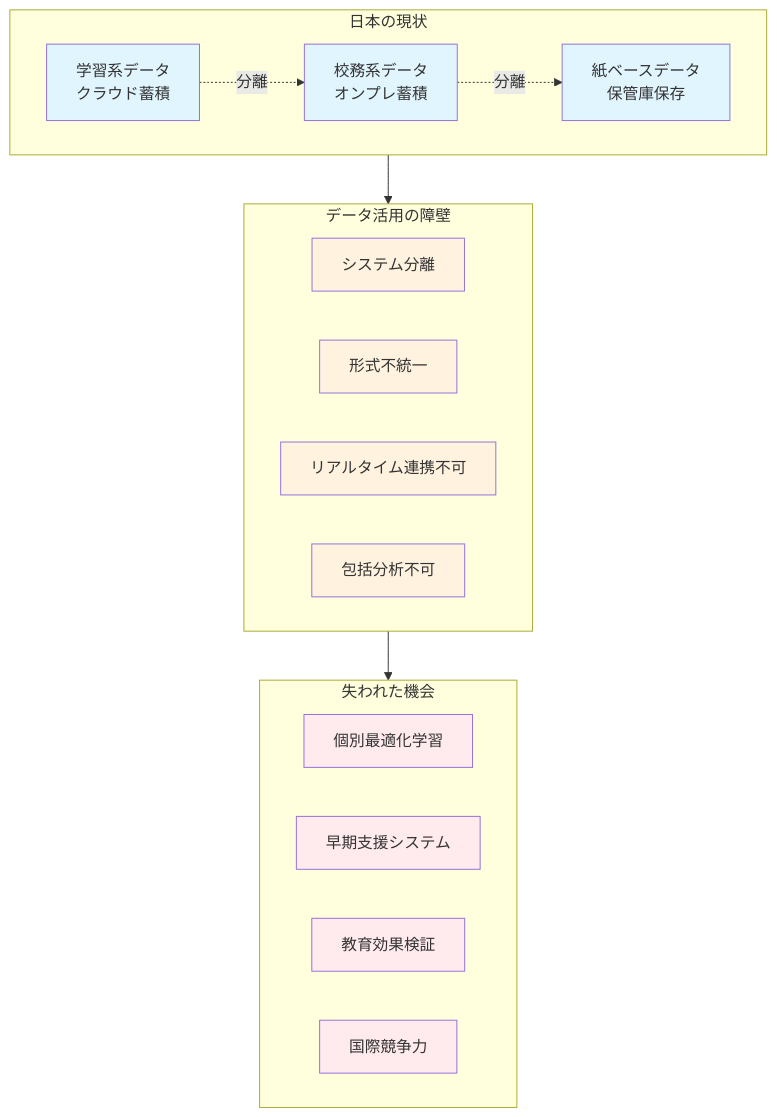
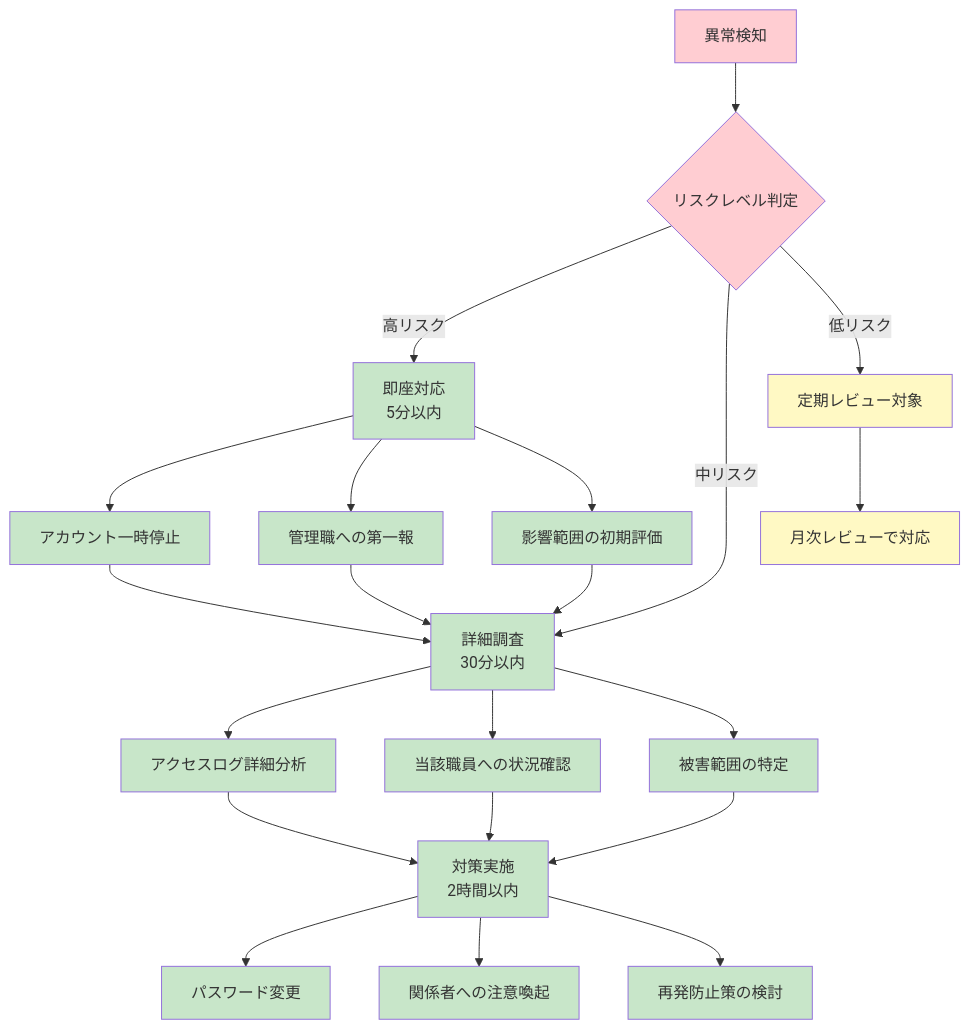
Before and after one commit to nahisaho/zenn-writing-collection: the second of 3 diagrams in books/d87165478af519/chapter02.md, drawn with Mermaid. The commit also changed other lines of this file and 17 other files, not shown here.

````diff
--- a/books/d87165478af519/chapter02.md
+++ b/books/d87165478af519/chapter02.md
@@ -356,35 +340,38 @@
 ```mermaid
-graph TB
-    subgraph CurrentState["日本の現状"]
-        A[学習系データ<br/>クラウド蓄積]
-        B[校務系データ<br/>オンプレ蓄積]
-        C[紙ベースデータ<br/>保管庫保存]
-    end
+graph TD
+    A[異常検知] --> B{リスクレベル判定}
     
-    subgraph DataBarriers["データ活用の障壁"]
-        D[システム分離]
-        E[形式不統一]
-        F[リアルタイム連携不可]
-        G[包括分析不可]
-    end
+    B -->|高リスク| C[即座対応<br/>5分以内]
+    B -->|中リスク| D[詳細調査<br/>30分以内]
+    B -->|低リスク| E[定期レビュー対象]
     
-    subgraph LostOpportunities["失われた機会"]
-        H[個別最適化学習]
-        I[早期支援システム]
-        J[教育効果検証]
-        K[国際競争力]
-    end
+    C --> C1[アカウント一時停止]
+    C --> C2[管理職への第一報]
+    C --> C3[影響範囲の初期評価]
     
-    A -.-> |分離| B
-    B -.-> |分離| C
-    CurrentState --> DataBarriers
-    DataBarriers --> LostOpportunities
+    C1 --> D
+    C2 --> D
+    C3 --> D
     
-    classDef dataStyle fill:#e1f5fe
-    classDef barrierStyle fill:#fff3e0
-    classDef lostStyle fill:#ffebee
+    D --> D1[アクセスログ詳細分析]
+    D --> D2[当該職員への状況確認]
+    D --> D3[被害範囲の特定]
     
-    class A,B,C dataStyle
-    class D,E,F,G barrierStyle
-    class H,I,J,K lostStyle
+    D1 --> F[対策実施<br/>2時間以内]
+    D2 --> F
+    D3 --> F
+    
+    F --> F1[パスワード変更]
+    F --> F2[関係者への注意喚起]
+    F --> F3[再発防止策の検討]
+    
+    E --> G[月次レビューで対応]
+    
+    classDef urgentStyle fill:#ffcdd2
+    classDef normalStyle fill:#c8e6c9
+    classDef reviewStyle fill:#fff9c4
+    
+    class A,B urgentStyle
+    class C,C1,C2,C3,D,D1,D2,D3,F,F1,F2,F3 normalStyle
+    class E,G reviewStyle
 ```
````
